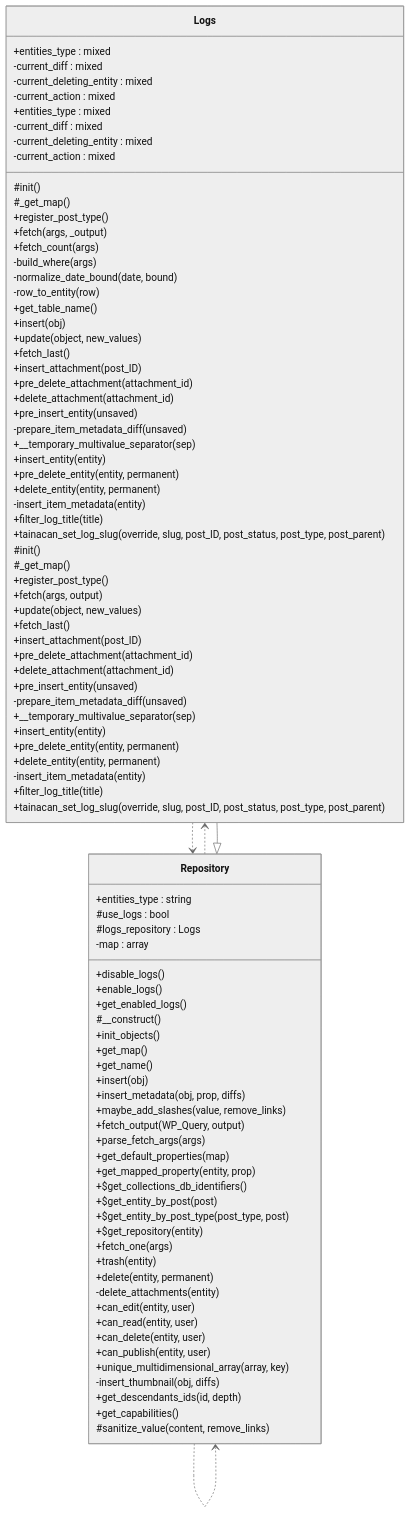
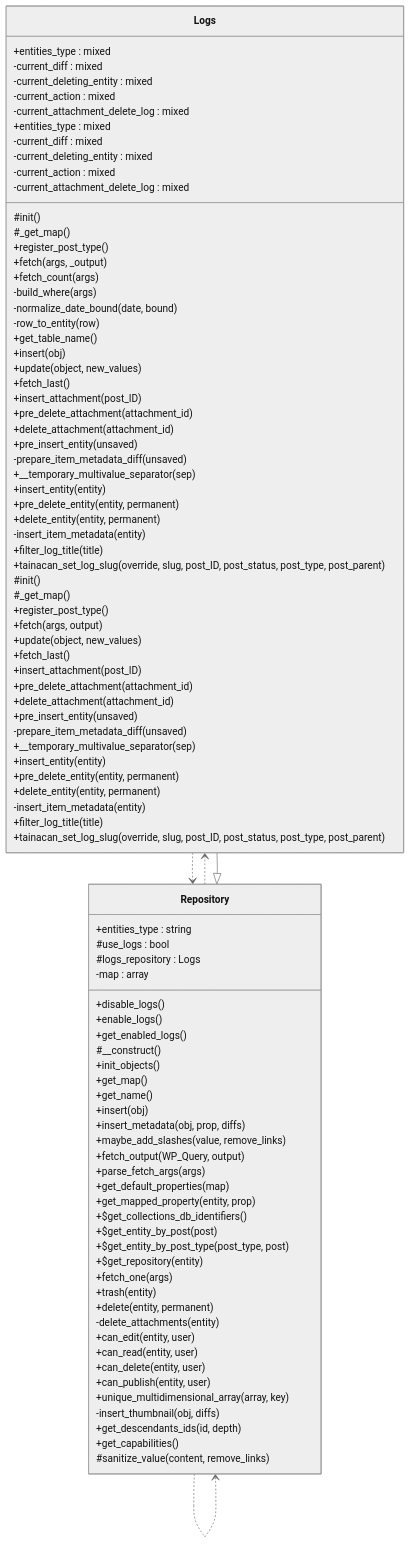
One commit to tainacan/tainacan changed the diagram in docs/phpdoc/classes/Tainacan/Repositories/Logs.mmd. Above: the diagram before and after it, drawn with Mermaid (neutral theme). The commit also changed 11 other files, not shown here.

```diff
--- a/docs/phpdoc/classes/Tainacan/Repositories/Logs.mmd
+++ b/docs/phpdoc/classes/Tainacan/Repositories/Logs.mmd
@@ -1,97 +1,99 @@
 classDiagram
     direction TB
     class Logs {
         +entities_type : mixed
         -current_diff : mixed
         -current_deleting_entity : mixed
         -current_action : mixed
+        -current_attachment_delete_log : mixed
         #init()
         #_get_map()
         +register_post_type()
         +fetch(args, _output)
         +fetch_count(args)
         -build_where(args)
         -normalize_date_bound(date, bound)
         -row_to_entity(row)
         +get_table_name()
         +insert(obj)
         +update(object, new_values)
         +fetch_last()
         +insert_attachment(post_ID)
         +pre_delete_attachment(attachment_id)
         +delete_attachment(attachment_id)
         +pre_insert_entity(unsaved)
         -prepare_item_metadata_diff(unsaved)
         +__temporary_multivalue_separator(sep)
         +insert_entity(entity)
         +pre_delete_entity(entity, permanent)
         +delete_entity(entity, permanent)
         -insert_item_metadata(entity)
         +filter_log_title(title)
         +tainacan_set_log_slug(override, slug, post_ID, post_status, post_type, post_parent)
     }
     class Repository {
         +entities_type : string
         #use_logs : bool
         #logs_repository : Logs
         -map : array
         +disable_logs()
         +enable_logs()
         +get_enabled_logs()
         #__construct()
         +init_objects()
         +get_map()
         +get_name()
         +insert(obj)
         +insert_metadata(obj, prop, diffs)
         +maybe_add_slashes(value, remove_links)
         +fetch_output(WP_Query, output)
         +parse_fetch_args(args)
         +get_default_properties(map)
         +get_mapped_property(entity, prop)
         +$get_collections_db_identifiers()
         +$get_entity_by_post(post)
         +$get_entity_by_post_type(post_type, post)
         +$get_repository(entity)
         +fetch_one(args)
         +trash(entity)
         +delete(entity, permanent)
         -delete_attachments(entity)
         +can_edit(entity, user)
         +can_read(entity, user)
         +can_delete(entity, user)
         +can_publish(entity, user)
         +unique_multidimensional_array(array, key)
         -insert_thumbnail(obj, diffs)
         +get_descendants_ids(id, depth)
         +get_capabilities()
         #sanitize_value(content, remove_links)
     }
     class Logs {
         +entities_type : mixed
         -current_diff : mixed
         -current_deleting_entity : mixed
         -current_action : mixed
+        -current_attachment_delete_log : mixed
         #init()
         #_get_map()
         +register_post_type()
         +fetch(args, output)
         +update(object, new_values)
         +fetch_last()
         +insert_attachment(post_ID)
         +pre_delete_attachment(attachment_id)
         +delete_attachment(attachment_id)
         +pre_insert_entity(unsaved)
         -prepare_item_metadata_diff(unsaved)
         +__temporary_multivalue_separator(sep)
         +insert_entity(entity)
         +pre_delete_entity(entity, permanent)
         +delete_entity(entity, permanent)
         -insert_item_metadata(entity)
         +filter_log_title(title)
         +tainacan_set_log_slug(override, slug, post_ID, post_status, post_type, post_parent)
     }
     Logs ..> Repository
     Repository ..> Logs
     Repository ..> Repository
     Repository <|-- Logs
```
